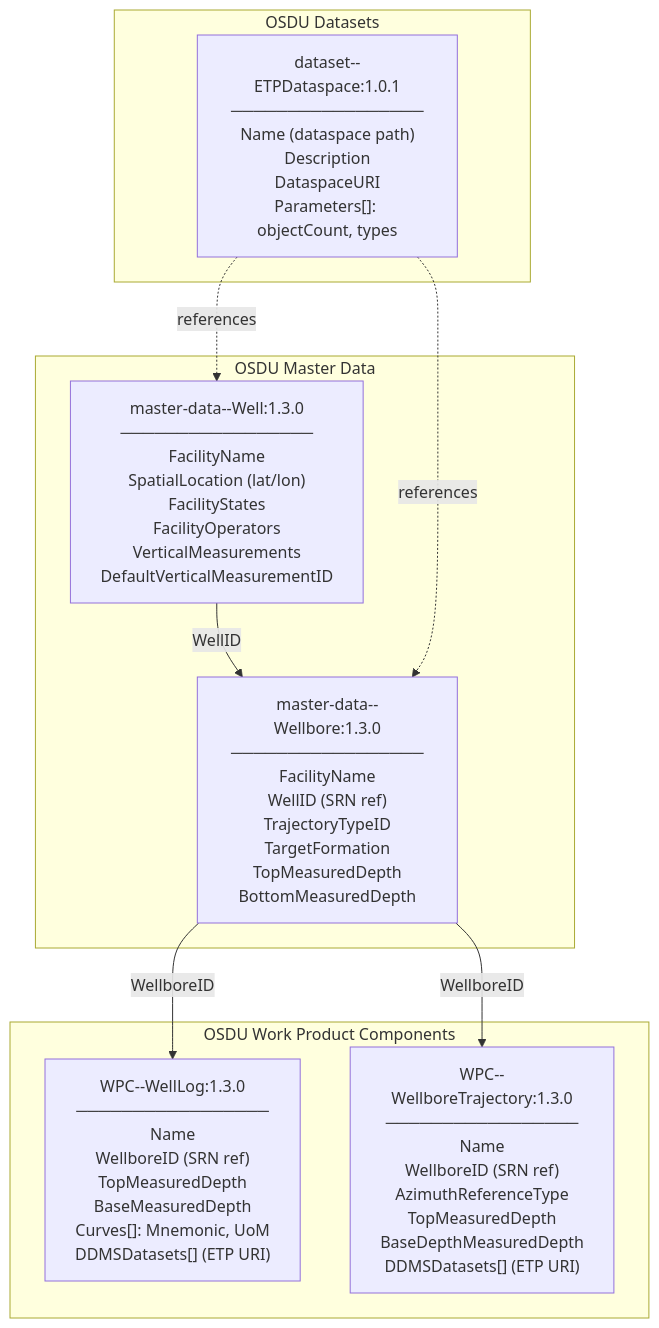
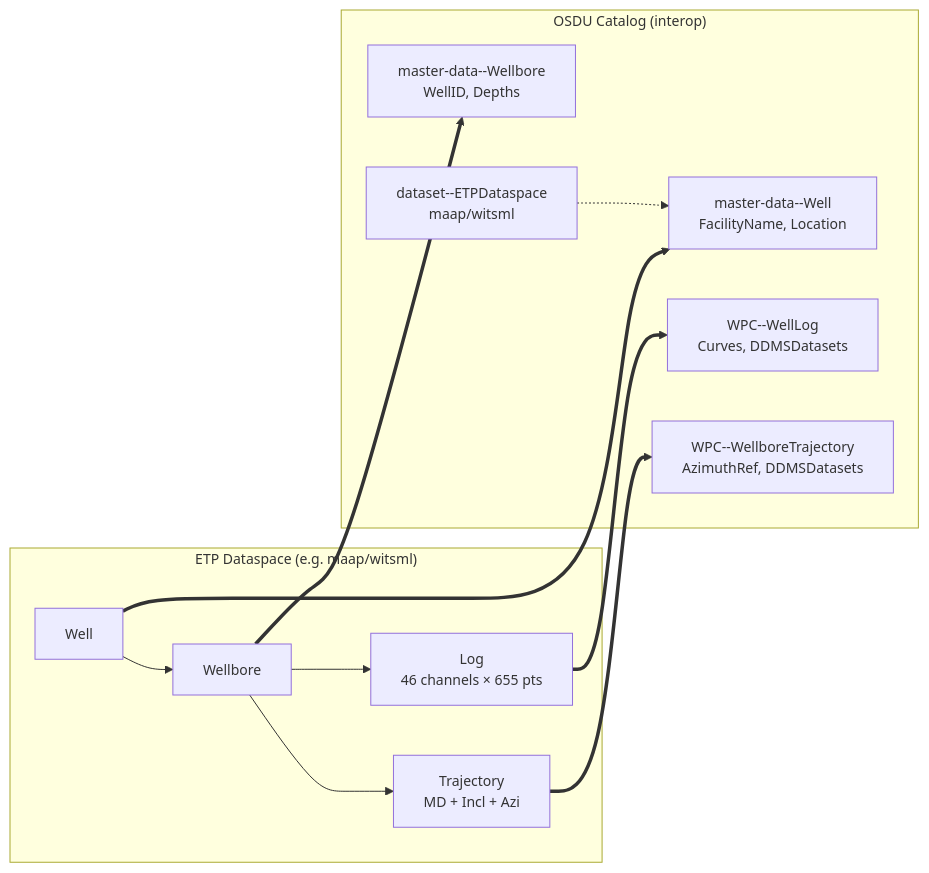
The second of 3 diagrams in demo/RESQML-WITSML.md (marcusapel/open-etp-client), drawn with Mermaid before and after one commit. The commit also changed other lines of this file, not shown here.

Commit message:
docs: simplify mermaid diagrams for readability

````diff
--- a/demo/RESQML-WITSML.md
+++ b/demo/RESQML-WITSML.md
@@ -136,22 +111,23 @@
 ```mermaid
-graph TD
-    subgraph OSDU_MD["OSDU Master Data"]
-        MW["master-data--Well:1.3.0<br/>─────────────────<br/>FacilityName<br/>SpatialLocation (lat/lon)<br/>FacilityStates<br/>FacilityOperators<br/>VerticalMeasurements<br/>DefaultVerticalMeasurementID"]
-        MWB["master-data--Wellbore:1.3.0<br/>─────────────────<br/>FacilityName<br/>WellID (SRN ref)<br/>TrajectoryTypeID<br/>TargetFormation<br/>TopMeasuredDepth<br/>BottomMeasuredDepth"]
+%%{init: {'theme': 'default', 'themeVariables': {'fontSize': '14px'}}}%%
+flowchart LR
+    subgraph ETP["ETP Dataspace (e.g. maap/witsml)"]
+        W2[Well] --> WB2[Wellbore]
+        WB2 --> L2[Log<br/>46 channels × 655 pts]
+        WB2 --> T2[Trajectory<br/>MD + Incl + Azi]
     end
 
-    subgraph OSDU_WPC["OSDU Work Product Components"]
-        WL["WPC--WellLog:1.3.0<br/>─────────────────<br/>Name<br/>WellboreID (SRN ref)<br/>TopMeasuredDepth<br/>BaseMeasuredDepth<br/>Curves[]: Mnemonic, UoM<br/>DDMSDatasets[] (ETP URI)"]
-        WT["WPC--WellboreTrajectory:1.3.0<br/>─────────────────<br/>Name<br/>WellboreID (SRN ref)<br/>AzimuthReferenceType<br/>TopMeasuredDepth<br/>BaseDepthMeasuredDepth<br/>DDMSDatasets[] (ETP URI)"]
+    subgraph OSDU["OSDU Catalog (interop)"]
+        MW[master-data--Well<br/>FacilityName, Location]
+        MWB[master-data--Wellbore<br/>WellID, Depths]
+        WL[WPC--WellLog<br/>Curves, DDMSDatasets]
+        WT[WPC--WellboreTrajectory<br/>AzimuthRef, DDMSDatasets]
+        DS[dataset--ETPDataspace<br/>maap/witsml]
     end
 
-    subgraph OSDU_DS["OSDU Datasets"]
-        DS["dataset--ETPDataspace:1.0.1<br/>─────────────────<br/>Name (dataspace path)<br/>Description<br/>DataspaceURI<br/>Parameters[]: objectCount, types"]
-    end
-
-    MW -->|WellID| MWB
-    MWB -->|WellboreID| WL
-    MWB -->|WellboreID| WT
-    DS -.->|references| MW
-    DS -.->|references| MWB
+    W2 ==> MW
+    WB2 ==> MWB
+    L2 ==> WL
+    T2 ==> WT
+    DS -.-> MW
 ```
````
